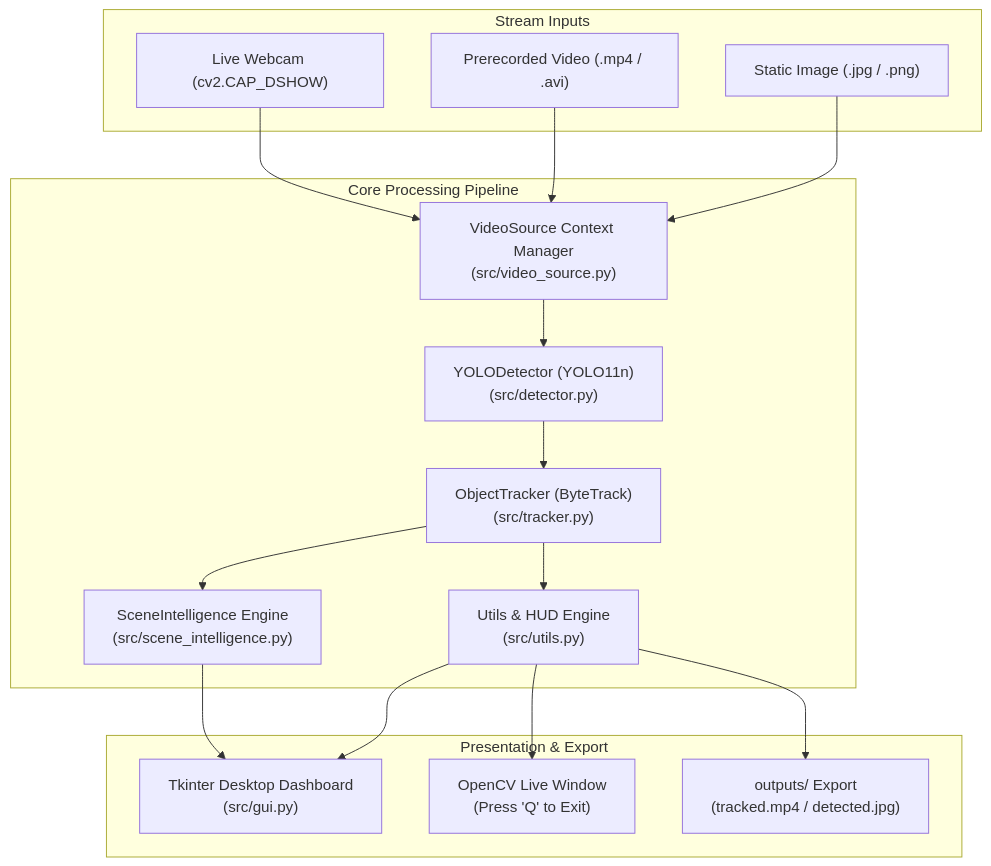
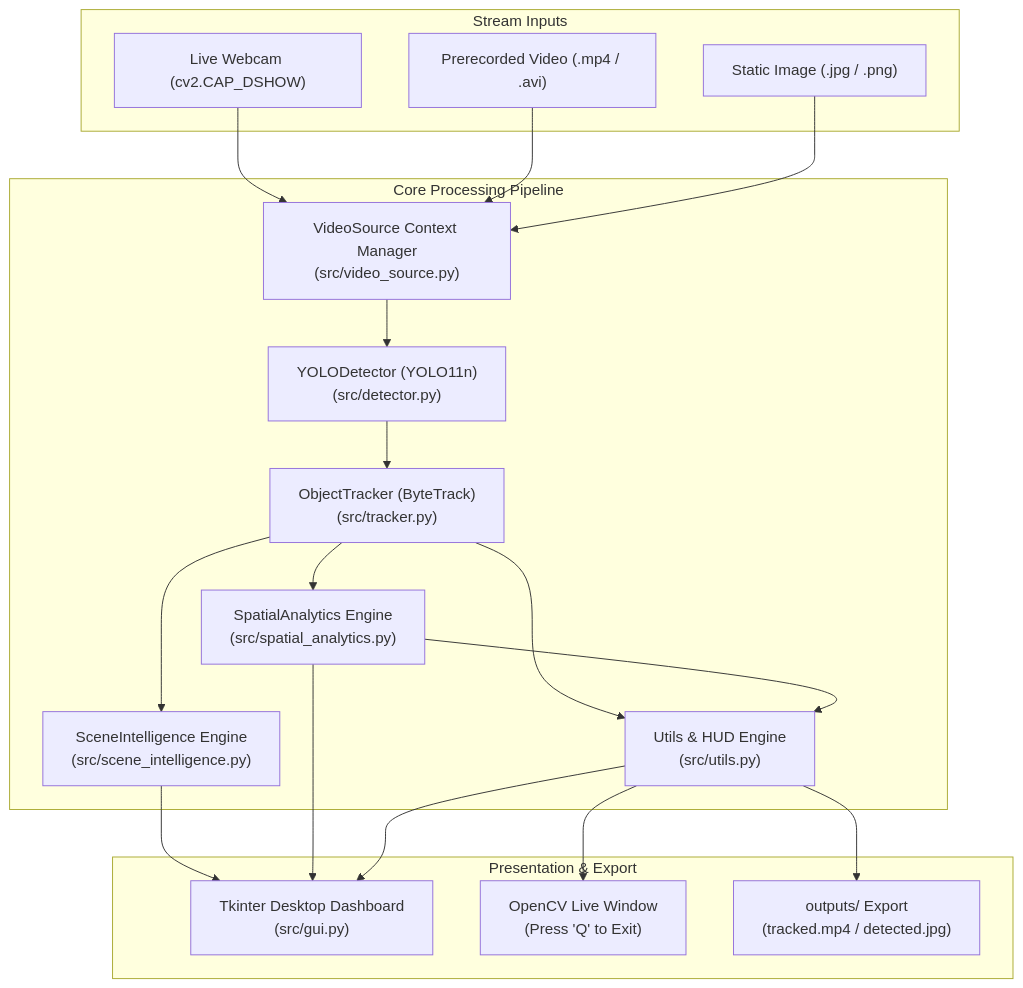
Before and after one commit to nathin1ga24ci074-KAISER/CodeAlpha_Object_Detection_Tracking: the diagram in README.md, drawn with Mermaid. The commit also changed other lines of this file and 4 other files, not shown here.

Commit message:
feat: add spatial line crossing and ROI analytics

````diff
--- a/README.md
+++ b/README.md
@@ -28,35 +28,39 @@
 ```mermaid
 flowchart TD
     subgraph Inputs["Stream Inputs"]
         Webcam["Live Webcam (cv2.CAP_DSHOW)"]
         VideoFile["Prerecorded Video (.mp4 / .avi)"]
         StaticImg["Static Image (.jpg / .png)"]
     end
 
     subgraph CorePipeline["Core Processing Pipeline"]
         SourceMgr["VideoSource Context Manager\n(src/video_source.py)"]
         Detector["YOLODetector (YOLO11n)\n(src/detector.py)"]
         Tracker["ObjectTracker (ByteTrack)\n(src/tracker.py)"]
         SceneIntel["SceneIntelligence Engine\n(src/scene_intelligence.py)"]
+        SpatialAnalytics["SpatialAnalytics Engine\n(src/spatial_analytics.py)"]
         Visualizer["Utils & HUD Engine\n(src/utils.py)"]
     end
 
     subgraph Outputs["Presentation & Export"]
         GUI["Tkinter Desktop Dashboard\n(src/gui.py)"]
         CLI_Window["OpenCV Live Window\n(Press 'Q' to Exit)"]
         DiskOutput["outputs/ Export\n(tracked.mp4 / detected.jpg)"]
     end
 
     Webcam --> SourceMgr
     VideoFile --> SourceMgr
     StaticImg --> SourceMgr
 
     SourceMgr --> Detector
     Detector --> Tracker
     Tracker --> SceneIntel
+    Tracker --> SpatialAnalytics
     Tracker --> Visualizer
+    SpatialAnalytics --> Visualizer
     SceneIntel --> GUI
+    SpatialAnalytics --> GUI
     Visualizer --> GUI
     Visualizer --> CLI_Window
     Visualizer --> DiskOutput
 ```
````
